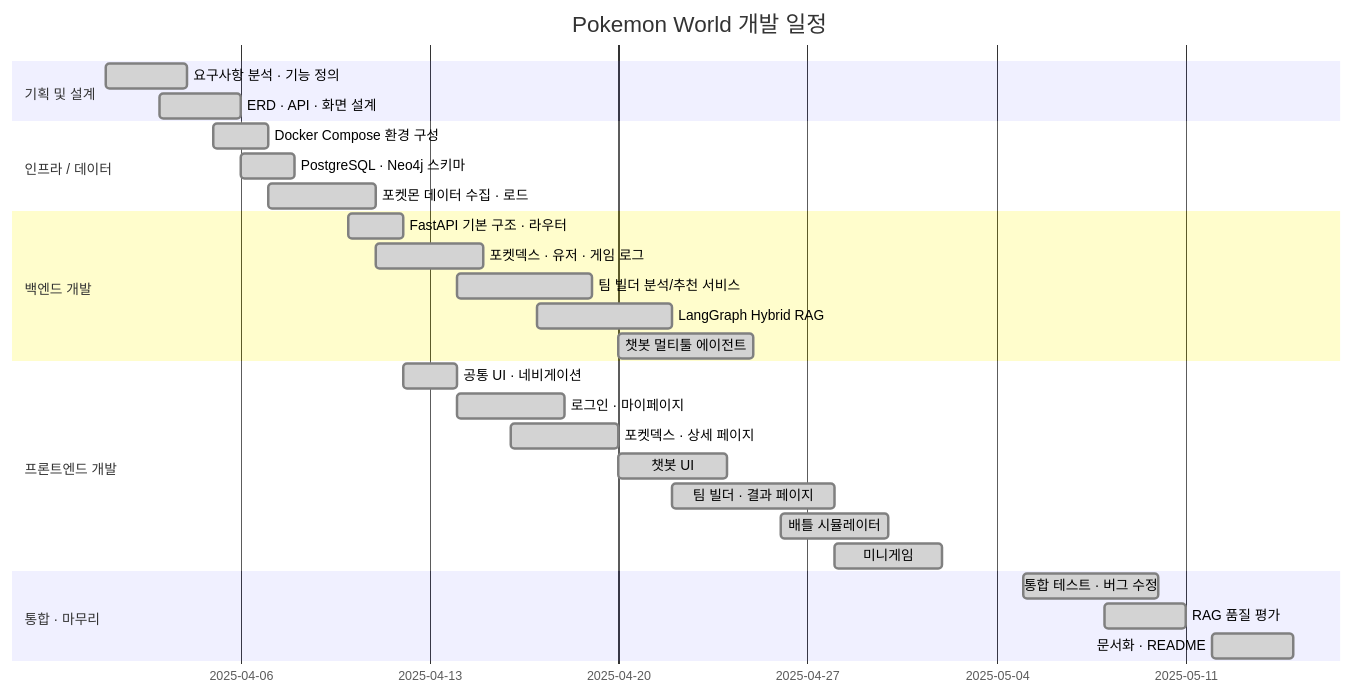
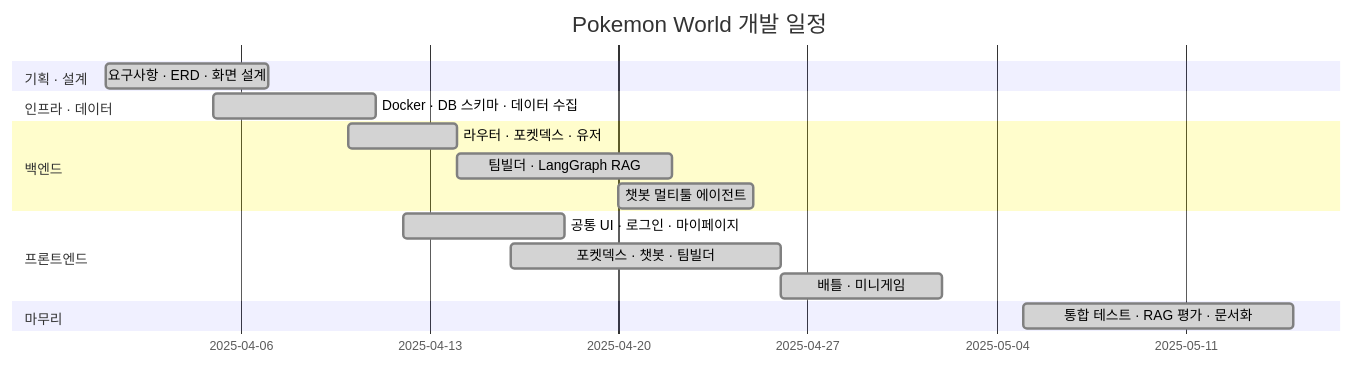
Before and after one commit to SKNETWORKS-FAMILY-AICAMP/SKN27-3rd-3TEAM: the fourth of 4 diagrams in README.md, drawn with Mermaid. The commit also changed other lines of this file and 8 other files, not shown here.

````diff
--- a/README.md
+++ b/README.md
@@ -637,34 +209,19 @@
 ```mermaid
 gantt
     title Pokemon World 개발 일정
     dateFormat  YYYY-MM-DD
-    section 기획 및 설계
-    요구사항 분석 · 기능 정의     :done, 2025-04-01, 3d
-    ERD · API · 화면 설계         :done, 2025-04-03, 3d
-
-    section 인프라 / 데이터
-    Docker Compose 환경 구성      :done, 2025-04-05, 2d
-    PostgreSQL · Neo4j 스키마     :done, 2025-04-06, 2d
-    포켓몬 데이터 수집 · 로드     :done, 2025-04-07, 4d
-
-    section 백엔드 개발
-    FastAPI 기본 구조 · 라우터    :done, 2025-04-10, 2d
-    포켓덱스 · 유저 · 게임 로그  :done, 2025-04-11, 4d
-    팀 빌더 분석/추천 서비스      :done, 2025-04-14, 5d
-    LangGraph Hybrid RAG          :done, 2025-04-17, 5d
+    section 기획 · 설계
+    요구사항 · ERD · 화면 설계   :done, 2025-04-01, 6d
+    section 인프라 · 데이터
+    Docker · DB 스키마 · 데이터 수집 :done, 2025-04-05, 6d
+    section 백엔드
+    라우터 · 포켓덱스 · 유저      :done, 2025-04-10, 4d
+    팀빌더 · LangGraph RAG        :done, 2025-04-14, 8d
     챗봇 멀티툴 에이전트          :done, 2025-04-20, 5d
-
-    section 프론트엔드 개발
-    공통 UI · 네비게이션          :done, 2025-04-12, 2d
-    로그인 · 마이페이지           :done, 2025-04-14, 4d
-    포켓덱스 · 상세 페이지        :done, 2025-04-16, 4d
-    챗봇 UI                       :done, 2025-04-20, 4d
-    팀 빌더 · 결과 페이지         :done, 2025-04-22, 6d
-    배틀 시뮬레이터               :done, 2025-04-26, 4d
-    미니게임                      :done, 2025-04-28, 4d
-
-    section 통합 · 마무리
-    통합 테스트 · 버그 수정       :done, 2025-05-05, 5d
-    RAG 품질 평가                 :done, 2025-05-08, 3d
-    문서화 · README               :done, 2025-05-12, 3d
+    section 프론트엔드
+    공통 UI · 로그인 · 마이페이지 :done, 2025-04-12, 6d
+    포켓덱스 · 챗봇 · 팀빌더     :done, 2025-04-16, 10d
+    배틀 · 미니게임               :done, 2025-04-26, 6d
+    section 마무리
+    통합 테스트 · RAG 평가 · 문서화 :done, 2025-05-05, 10d
 ```
````
